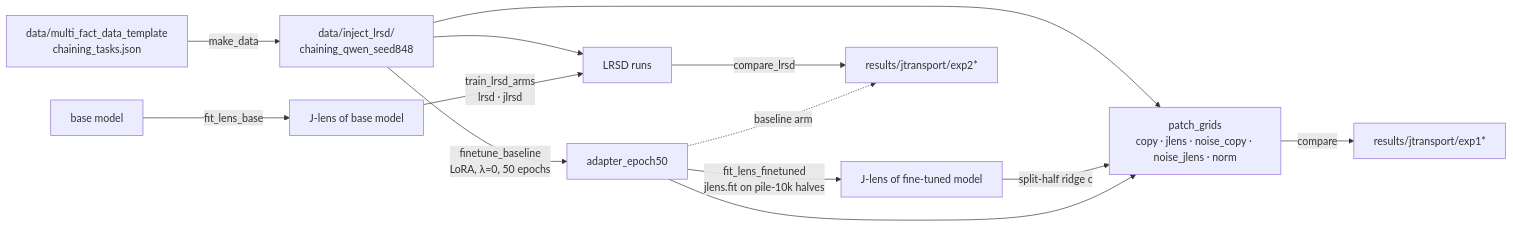
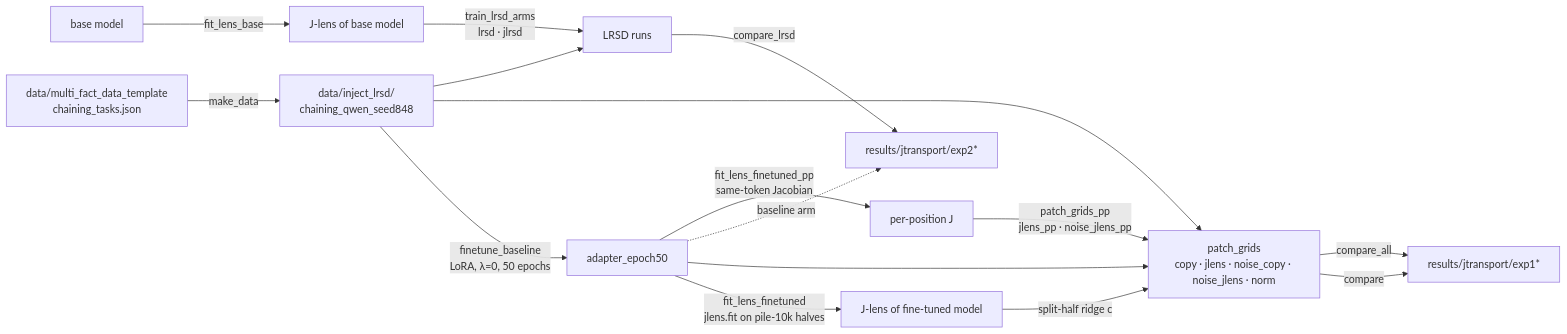
One commit to BurnyCoder/jacobian-mem2gen changed the diagram in README.md. Above: the diagram before and after it, drawn with Mermaid. The commit also changed other lines of this file and 10 other files, not shown here.

First line of the commit message:
Add experiment results: J-lens transport vs copy, LRSD vs J-space LRSD (lambda = 1), per-position ablation

````diff
--- a/README.md
+++ b/README.md
@@ -33,15 +33,18 @@
 ```mermaid
 flowchart LR
   D[data/multi_fact_data_template<br/>chaining_tasks.json] -->|make_data| S[data/inject_lrsd/<br/>chaining_qwen_seed848]
   S -->|finetune_baseline<br/>LoRA, λ=0, 50 epochs| A[adapter_epoch50]
   A -->|fit_lens_finetuned<br/>jlens.fit on pile-10k halves| JF[J-lens of fine-tuned model]
   A --> G
   JF -->|split-half ridge c| G[patch_grids<br/>copy · jlens · noise_copy · noise_jlens · norm]
   S --> G
   G -->|compare| R1[results/jtransport/exp1*]
   B[base model] -->|fit_lens_base| JB[J-lens of base model]
   JB -->|train_lrsd_arms<br/>lrsd · jlrsd| T[LRSD runs]
   S --> T
   A -. baseline arm .-> R2
   T -->|compare_lrsd| R2[results/jtransport/exp2*]
+  A -->|fit_lens_finetuned_pp<br/>same-token Jacobian| JP[per-position J]
+  JP -->|patch_grids_pp<br/>jlens_pp · noise_jlens_pp| G
+  G -->|compare_all| R1
 ```
````
